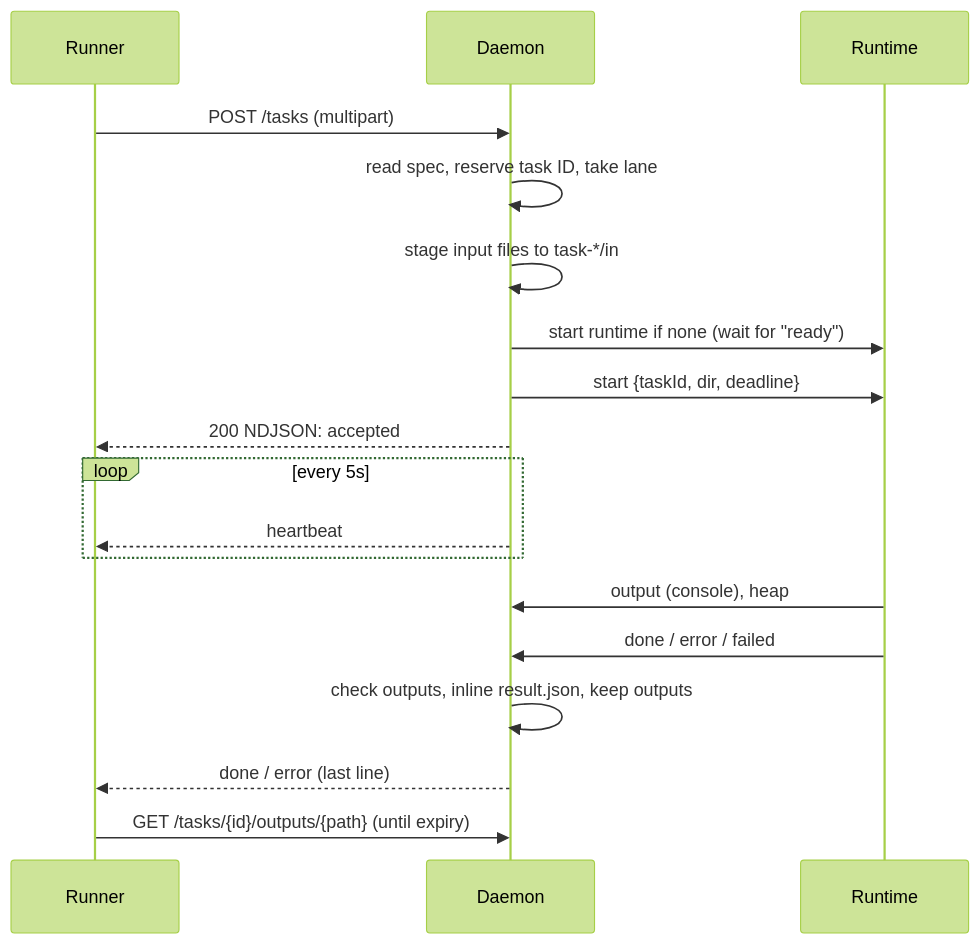
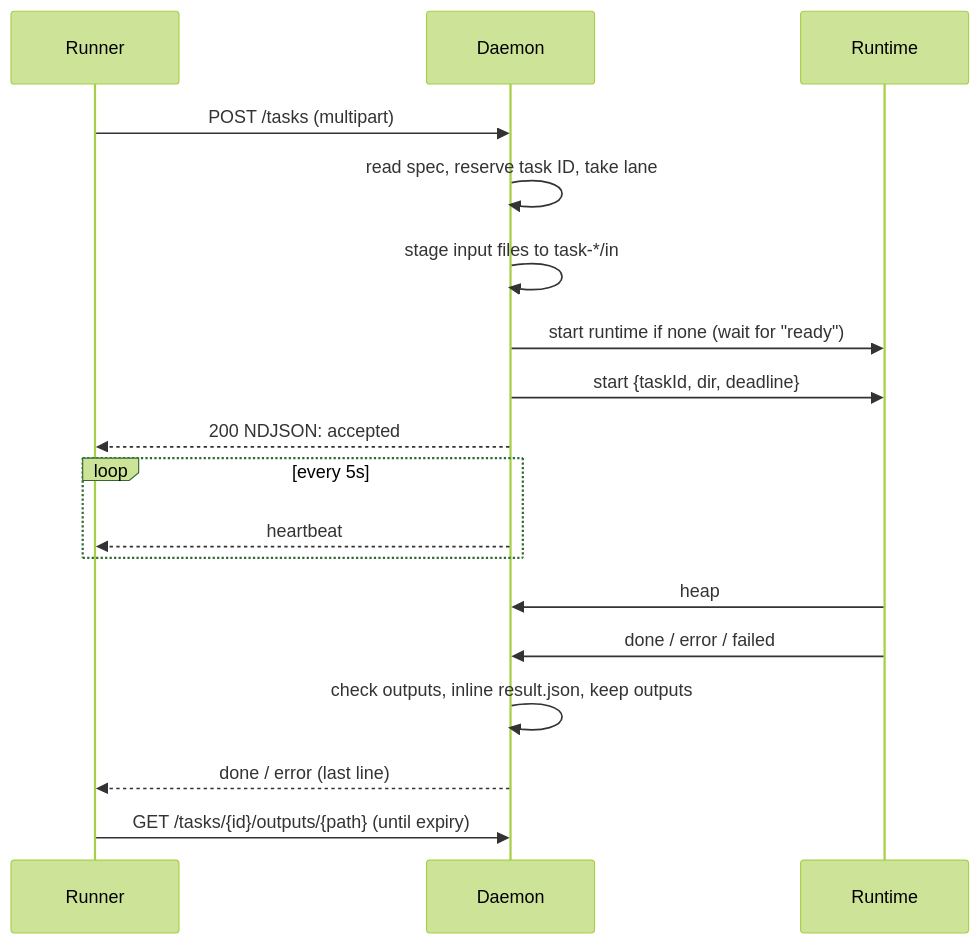
The first of 5 diagrams in docs/code-daemon.md (n8n-io/n8n-sandbox-service), drawn with Mermaid (forest theme) before and after one commit. The commit also changed other lines of this file, not shown here.

Commit message:
docs(codedaemon): move task console output into result.json (CET-692)

````diff
--- a/docs/code-daemon.md
+++ b/docs/code-daemon.md
@@ -21,20 +21,20 @@
 ```mermaid
 sequenceDiagram
     participant R as Runner
     participant D as Daemon
     participant W as Runtime
     R->>D: POST /tasks (multipart)
     D->>D: read spec, reserve task ID, take lane
     D->>D: stage input files to task-*/in
     D->>W: start runtime if none (wait for "ready")
     D->>W: start {taskId, dir, deadline}
     D-->>R: 200 NDJSON: accepted
     loop every 5s
         D-->>R: heartbeat
     end
-    W->>D: output (console), heap
+    W->>D: heap
     W->>D: done / error / failed
     D->>D: check outputs, inline result.json, keep outputs
     D-->>R: done / error (last line)
     R->>D: GET /tasks/{id}/outputs/{path} (until expiry)
 ```
````
